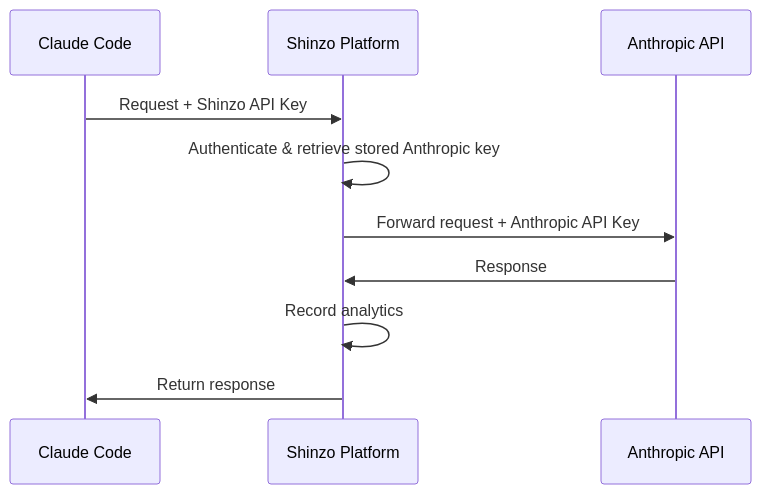
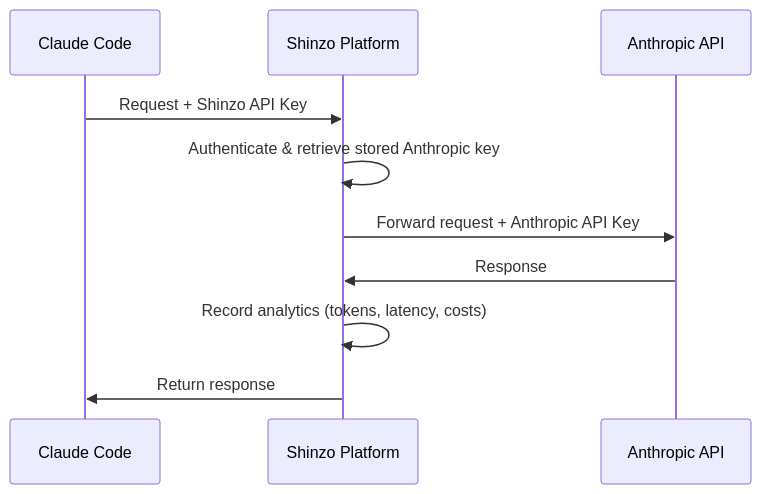
Before and after one commit to shinzo-labs/docs: the diagram in ai-tools/claude-code.mdx, drawn with Mermaid. The commit also changed other lines of this file and 8 other files, not shown here.

````diff
--- a/ai-tools/claude-code.mdx
+++ b/ai-tools/claude-code.mdx
@@ -53,13 +14,13 @@
 ```mermaid
 sequenceDiagram
     participant CC as Claude Code
     participant S as Shinzo Platform
     participant A as Anthropic API
 
     CC->>S: Request + Shinzo API Key
     S->>S: Authenticate & retrieve stored Anthropic key
     S->>A: Forward request + Anthropic API Key
     A->>S: Response
-    S->>S: Record analytics
+    S->>S: Record analytics (tokens, latency, costs)
     S->>CC: Return response
 ```
````
